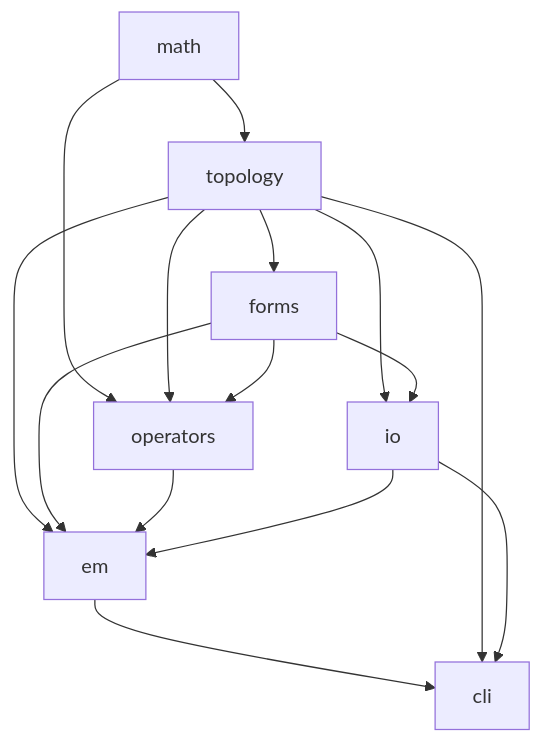
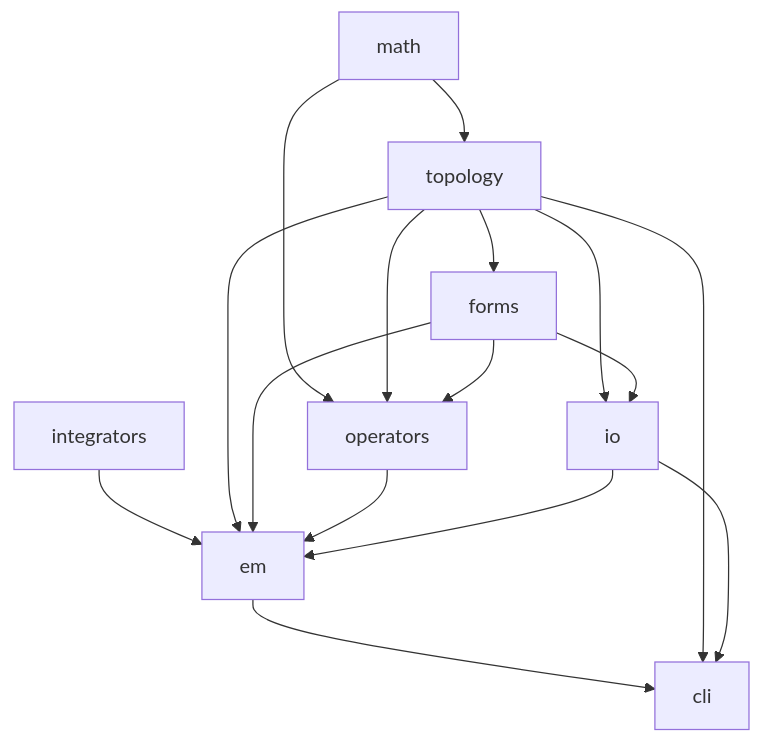
Before and after one commit to harnesslabs/flux: the diagram in project/components.md, drawn with Mermaid. The commit also changed other lines of this file and 5 other files, not shown here.

````diff
--- a/project/components.md
+++ b/project/components.md
@@ -91,17 +101,18 @@
 ```mermaid
 flowchart TD
     math --> topology
     topology --> forms
     math --> operators
     topology --> operators
     forms --> operators
     topology --> io
     forms --> io
+    integrators --> em
     topology --> em
     forms --> em
     operators --> em
     io --> em
     em --> cli
     topology --> cli
     io --> cli
 ```
````
